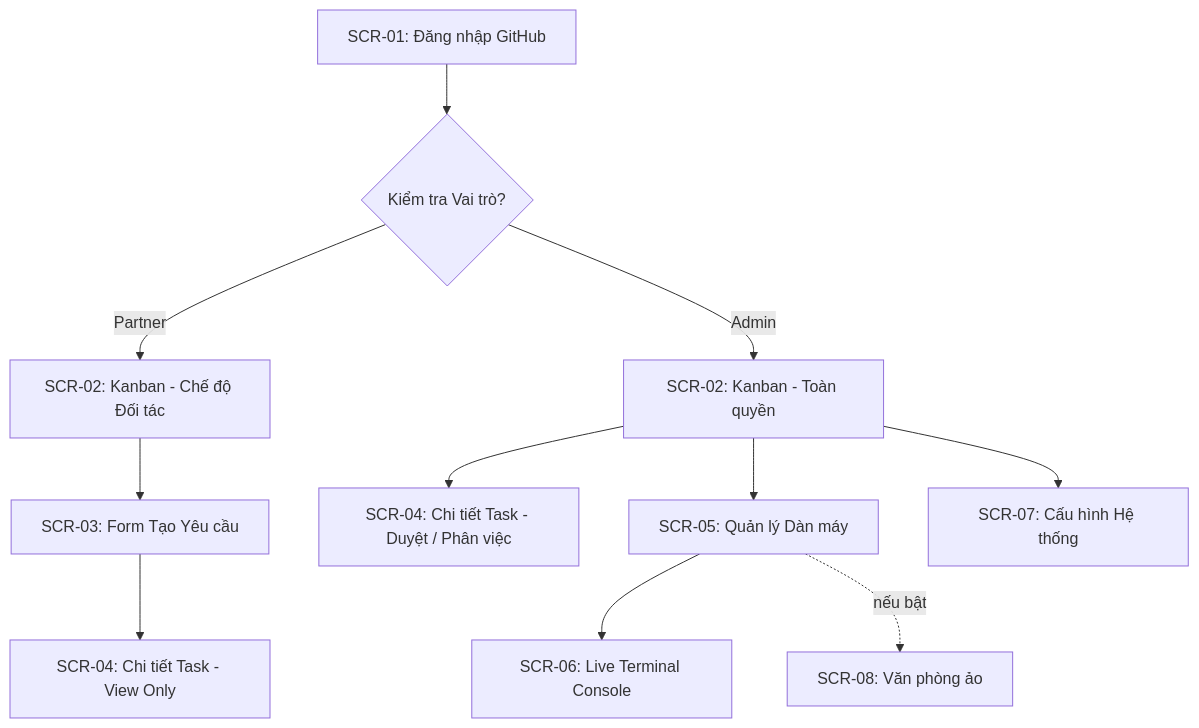
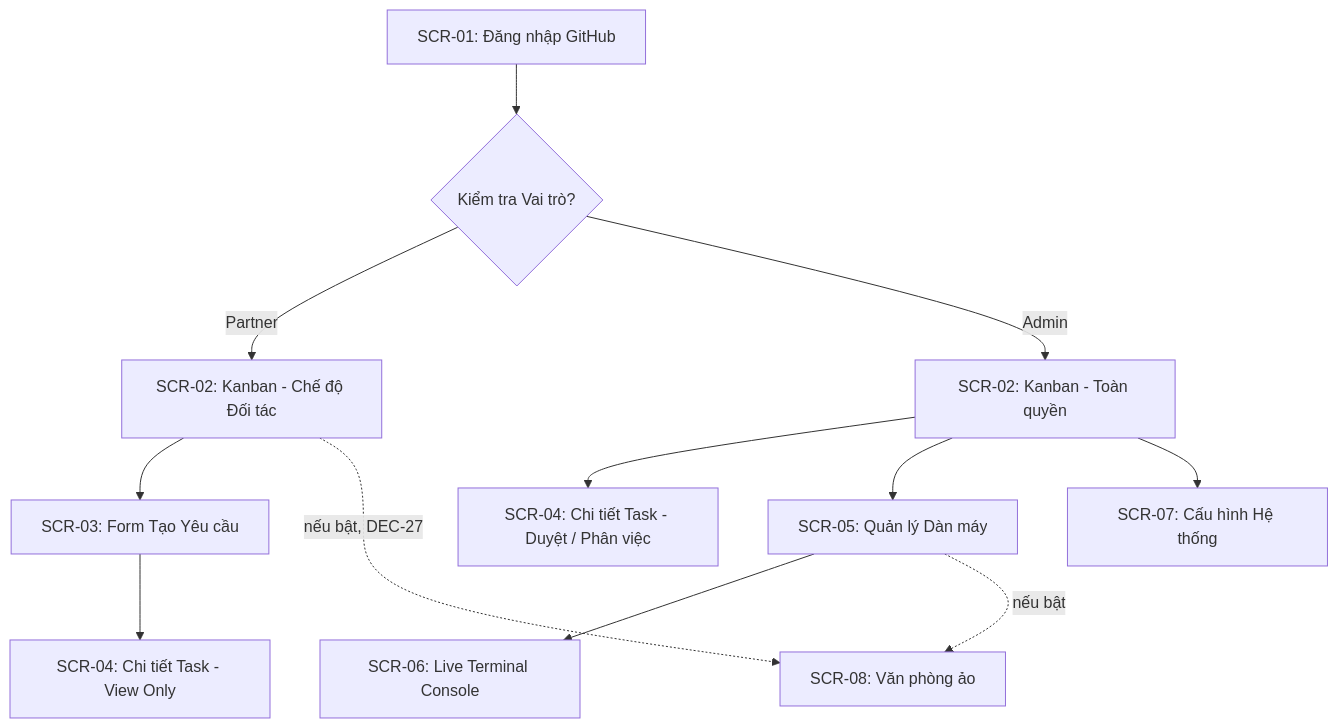
The diagram in docs/03-screens-and-ui.md (namth/agenthub), drawn with Mermaid before and after one commit. The commit also changed other lines of this file and 26 other files, not shown here.

````diff
--- a/docs/03-screens-and-ui.md
+++ b/docs/03-screens-and-ui.md
@@ -25,15 +25,16 @@
 ```mermaid
 flowchart TD
     Login[SCR-01: Đăng nhập GitHub] --> AuthCheck{Kiểm tra Vai trò?}
     
     AuthCheck -->|Partner| PartnerView[SCR-02: Kanban - Chế độ Đối tác]
     PartnerView --> CreateTask[SCR-03: Form Tạo Yêu cầu]
     CreateTask --> TaskDetailP[SCR-04: Chi tiết Task - View Only]
     
     AuthCheck -->|Admin| AdminView[SCR-02: Kanban - Toàn quyền]
     AdminView --> TaskDetailA[SCR-04: Chi tiết Task - Duyệt / Phân việc]
     AdminView --> FleetView[SCR-05: Quản lý Dàn máy]
     FleetView --> TerminalView[SCR-06: Live Terminal Console]
     AdminView --> SettingsView[SCR-07: Cấu hình Hệ thống]
     FleetView -.->|nếu bật| OfficeView[SCR-08: Văn phòng ảo]
+    PartnerView -.->|nếu bật, DEC-27| OfficeView
 ```
````
